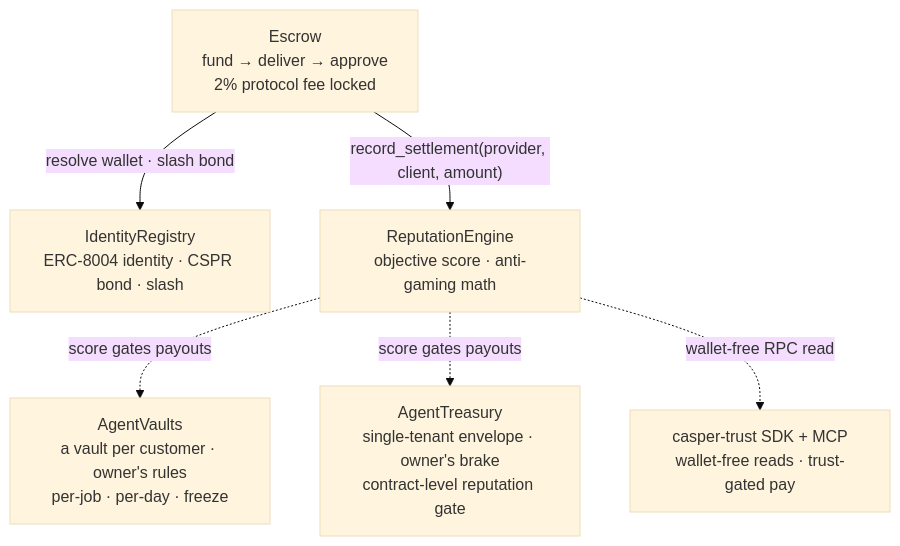
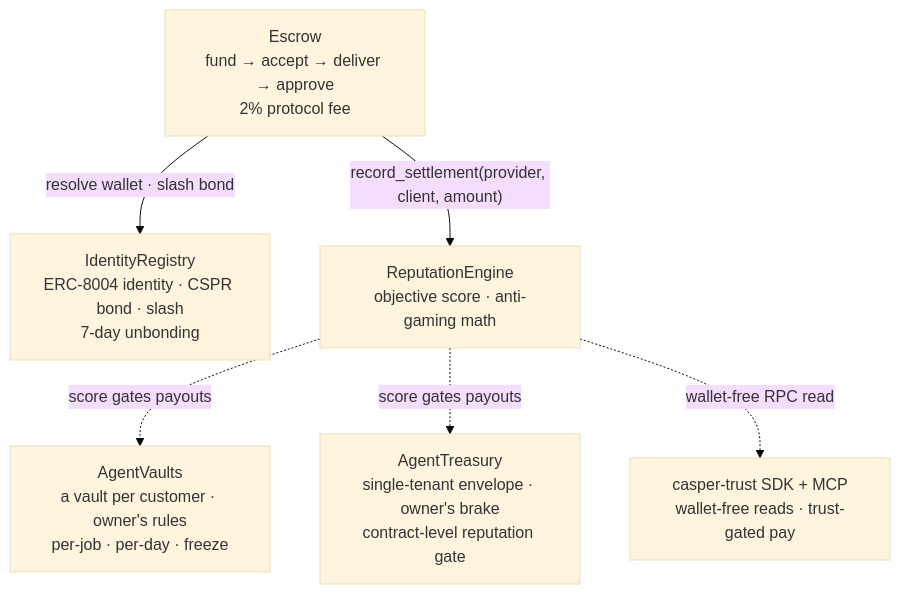
One commit to Bekirerdem/casper-trust-layer changed the diagram in README.md. Above: the diagram before and after it, drawn with Mermaid (base theme). The commit also changed other lines of this file and 61 other files, not shown here.

````diff
--- a/README.md
+++ b/README.md
@@ -70,15 +70,15 @@
 ```mermaid
 flowchart TD
-    IR["IdentityRegistry<br/>ERC-8004 identity · CSPR bond · slash"]
-    ES["Escrow<br/>fund → deliver → approve<br/>2% protocol fee locked"]
+    IR["IdentityRegistry<br/>ERC-8004 identity · CSPR bond · slash<br/>7-day unbonding"]
+    ES["Escrow<br/>fund → accept → deliver → approve<br/>2% protocol fee"]
     RE["ReputationEngine<br/>objective score · anti-gaming math"]
     AV["AgentVaults<br/>a vault per customer · owner's rules<br/>per-job · per-day · freeze"]
     AT["AgentTreasury<br/>single-tenant envelope · owner's brake<br/>contract-level reputation gate"]
     SDK["casper-trust SDK + MCP<br/>wallet-free reads · trust-gated pay"]
 
     ES -- "resolve wallet · slash bond" --> IR
     ES -- "record_settlement(provider, client, amount)" --> RE
     RE -. "score gates payouts" .-> AV
     RE -. "score gates payouts" .-> AT
     RE -. "wallet-free RPC read" .-> SDK
 ```
````
